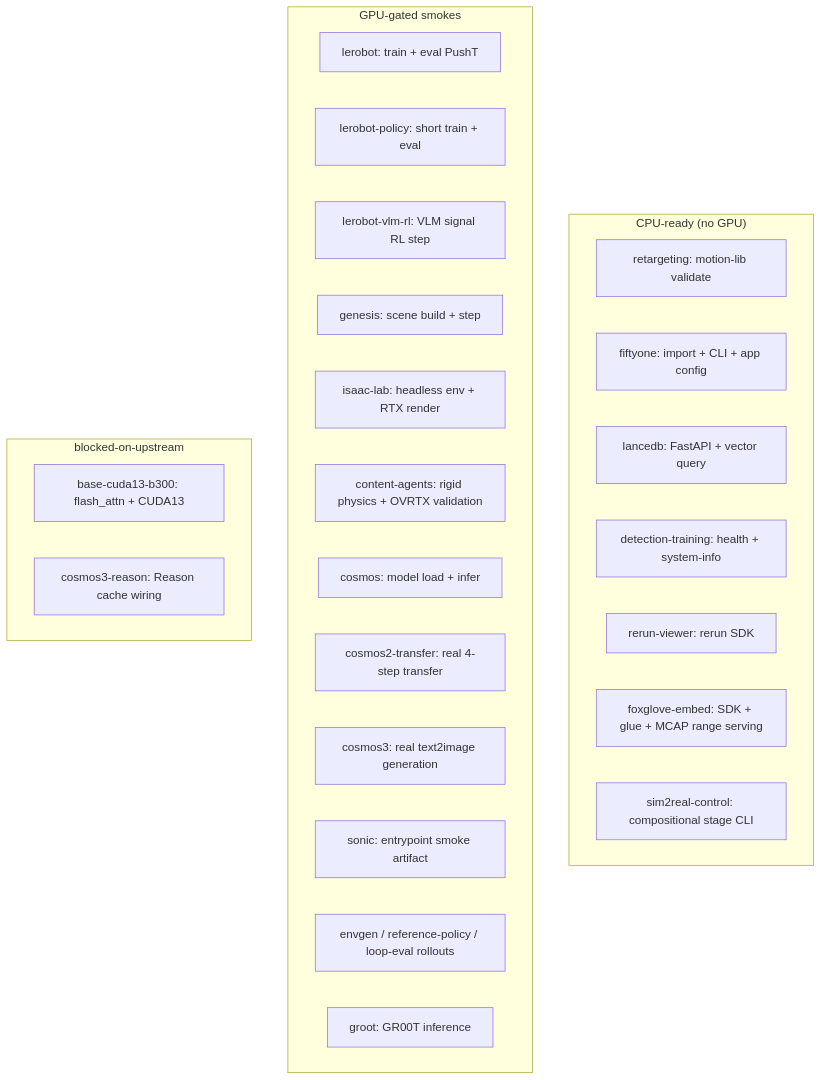
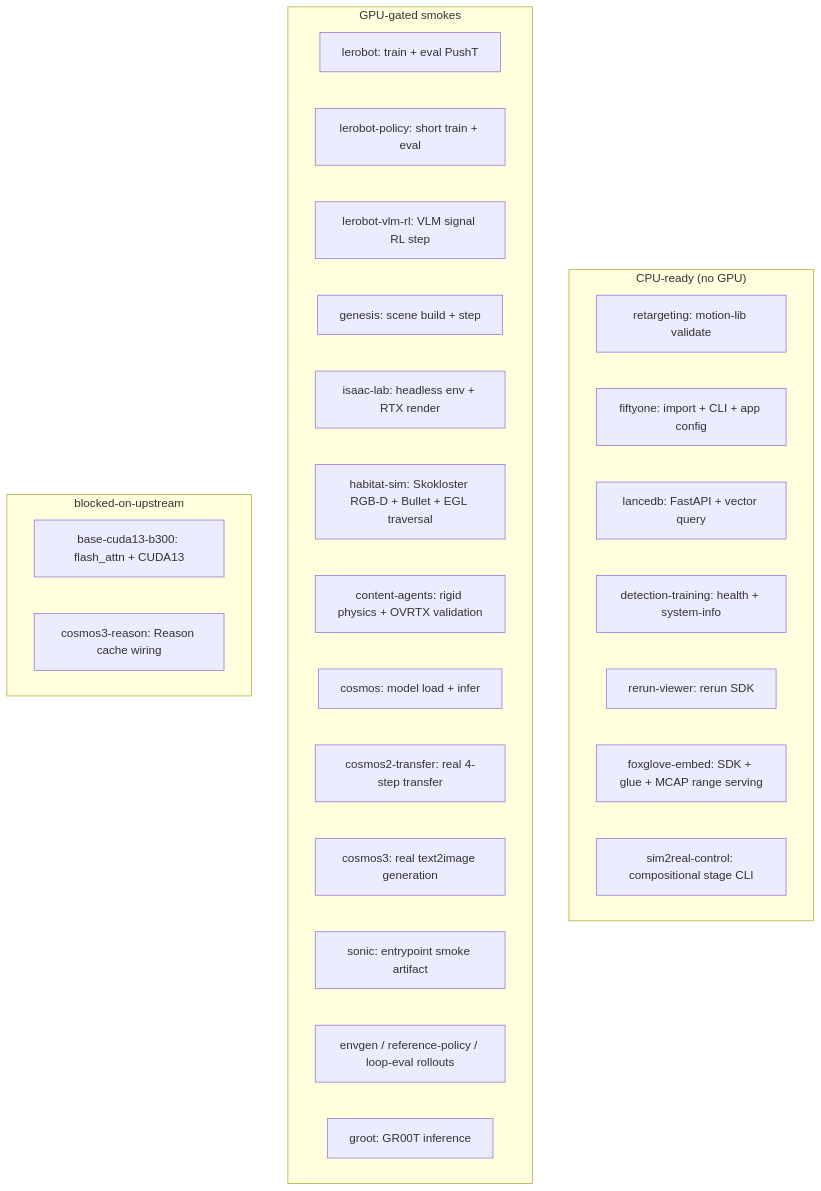
The diagram in docs/security/container-golden-evals.md (nebius/nebius-physical-ai), drawn with Mermaid before and after one commit. The commit also changed other lines of this file and 12 other files, not shown here.

````diff
--- a/docs/security/container-golden-evals.md
+++ b/docs/security/container-golden-evals.md
@@ -72,30 +72,31 @@
 ```mermaid
 flowchart TB
   subgraph cpu_ready["CPU-ready (no GPU)"]
     retargeting["retargeting: motion-lib validate"]
     fiftyone["fiftyone: import + CLI + app config"]
     lancedb["lancedb: FastAPI + vector query"]
     det_train["detection-training: health + system-info"]
     rerun["rerun-viewer: rerun SDK"]
     foxglove["foxglove-embed: SDK + glue + MCAP range serving"]
     control["sim2real-control: compositional stage CLI"]
   end
   subgraph gpu_gated["GPU-gated smokes"]
     lerobot["lerobot: train + eval PushT"]
     policy["lerobot-policy: short train + eval"]
     vlm["lerobot-vlm-rl: VLM signal RL step"]
     genesis["genesis: scene build + step"]
     isaac["isaac-lab: headless env + RTX render"]
+    habitat["habitat-sim: Skokloster RGB-D + Bullet + EGL traversal"]
     content["content-agents: rigid physics + OVRTX validation"]
     cosmos["cosmos: model load + infer"]
     transfer["cosmos2-transfer: real 4-step transfer"]
     c3["cosmos3: real text2image generation"]
     sonic["sonic: entrypoint smoke artifact"]
     s2r["envgen / reference-policy / loop-eval rollouts"]
     groot["groot: GR00T inference"]
   end
   subgraph blocked["blocked-on-upstream"]
     b300["base-cuda13-b300: flash_attn + CUDA13"]
     reason["cosmos3-reason: Reason cache wiring"]
   end
 ```
````
